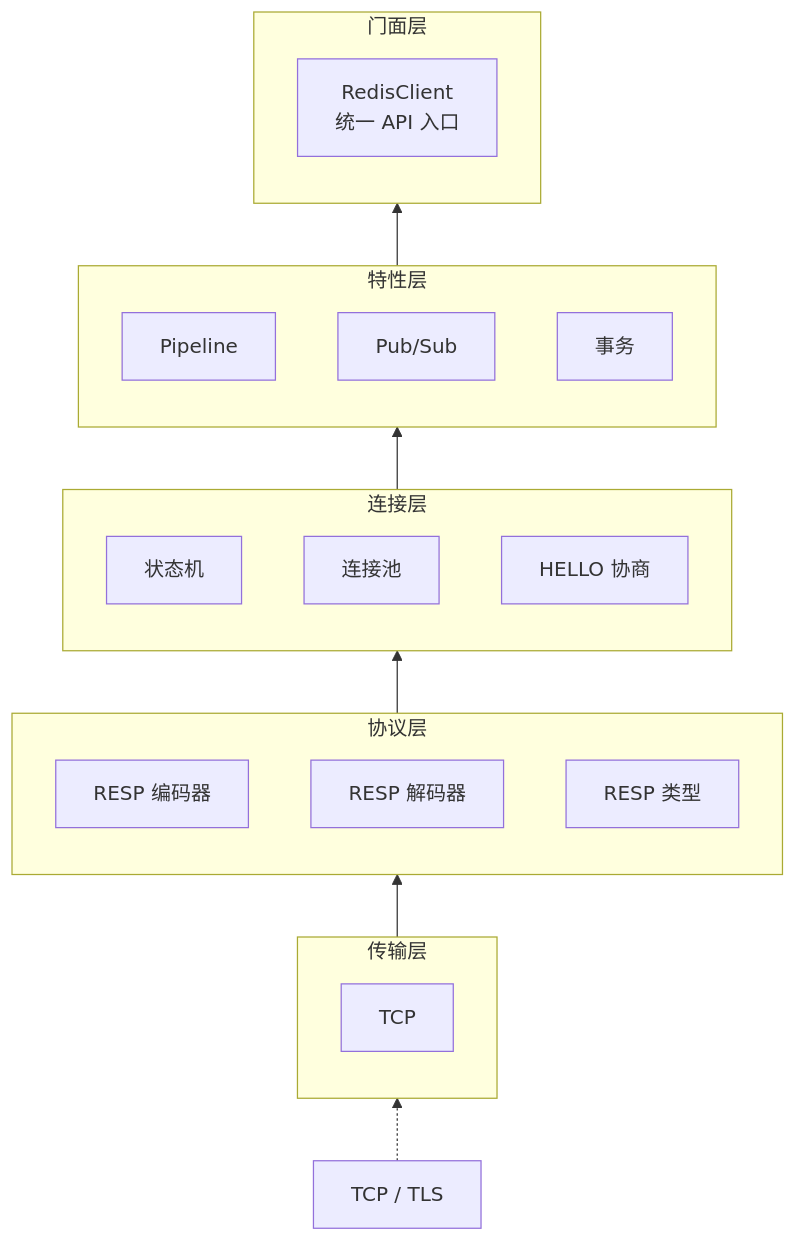
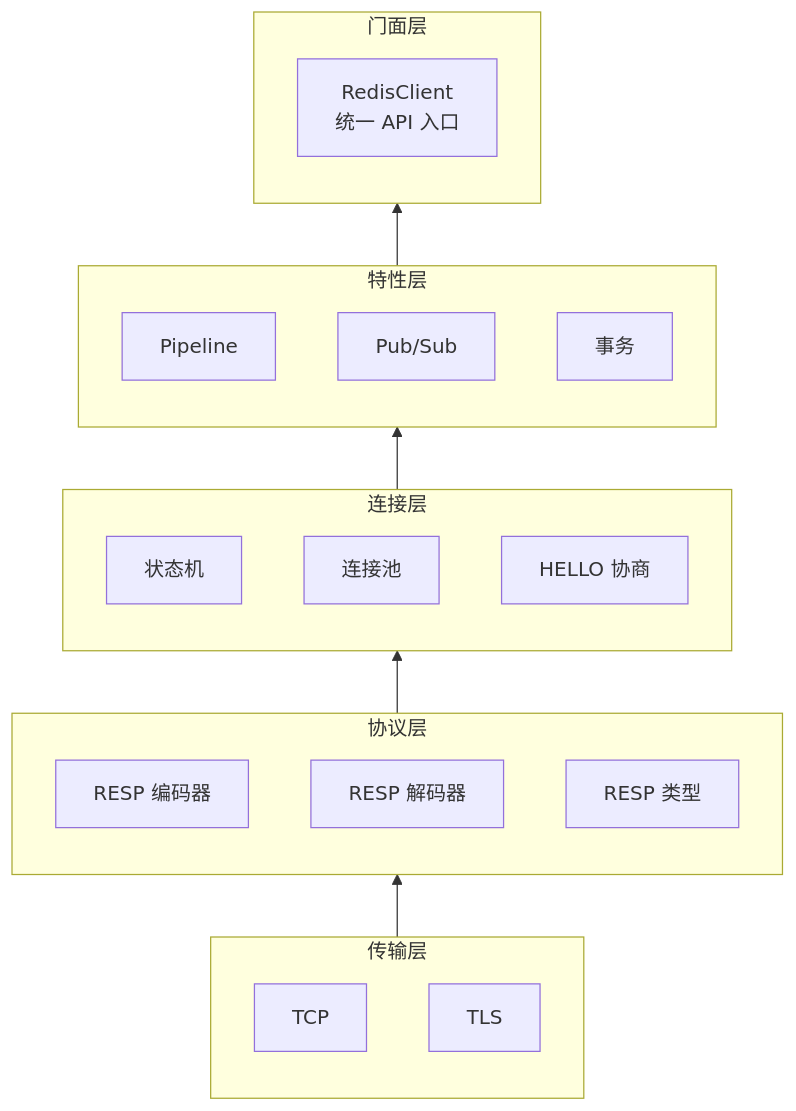
One commit to bambuo/redis-cj changed the diagram in README.md. Above: the diagram before and after it, drawn with Mermaid. The commit also changed other lines of this file, not shown here.

First line of the commit message:
feat(tls): 支持 Redis 客户端 TLS 加密传输功能

````diff
--- a/README.md
+++ b/README.md
@@ -60,29 +61,29 @@
 ```mermaid
 flowchart BT
     subgraph 门面层
         RedisClient["RedisClient\n统一 API 入口"]
     end
     subgraph 特性层
         Pipeline
         PubSub["Pub/Sub"]
         Transaction["事务"]
     end
     subgraph 连接层
         State["状态机"]
         Pool["连接池"]
         Hello["HELLO 协商"]
     end
     subgraph 协议层
         Encoder["RESP 编码器"]
         Decoder["RESP 解码器"]
         Types["RESP 类型"]
     end
     subgraph 传输层
         TCP
+        TLS
     end
-    Transport["TCP / TLS"] -.-> 传输层
     传输层 --> 协议层
     协议层 --> 连接层
     连接层 --> 特性层
     特性层 --> 门面层
 ```
````
